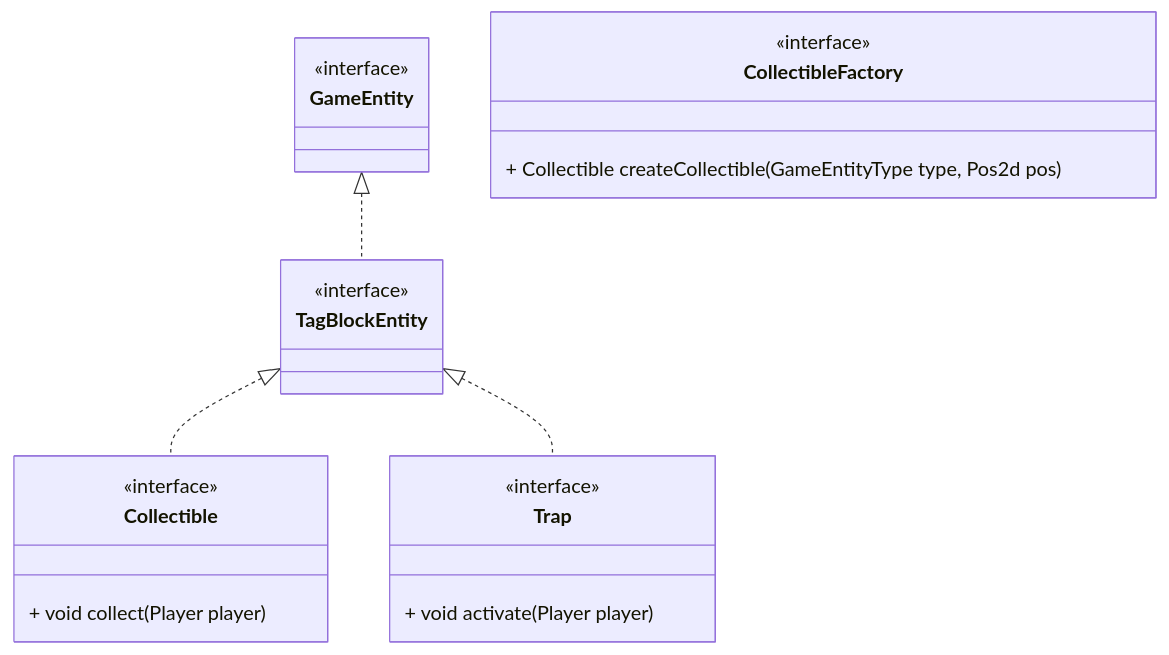
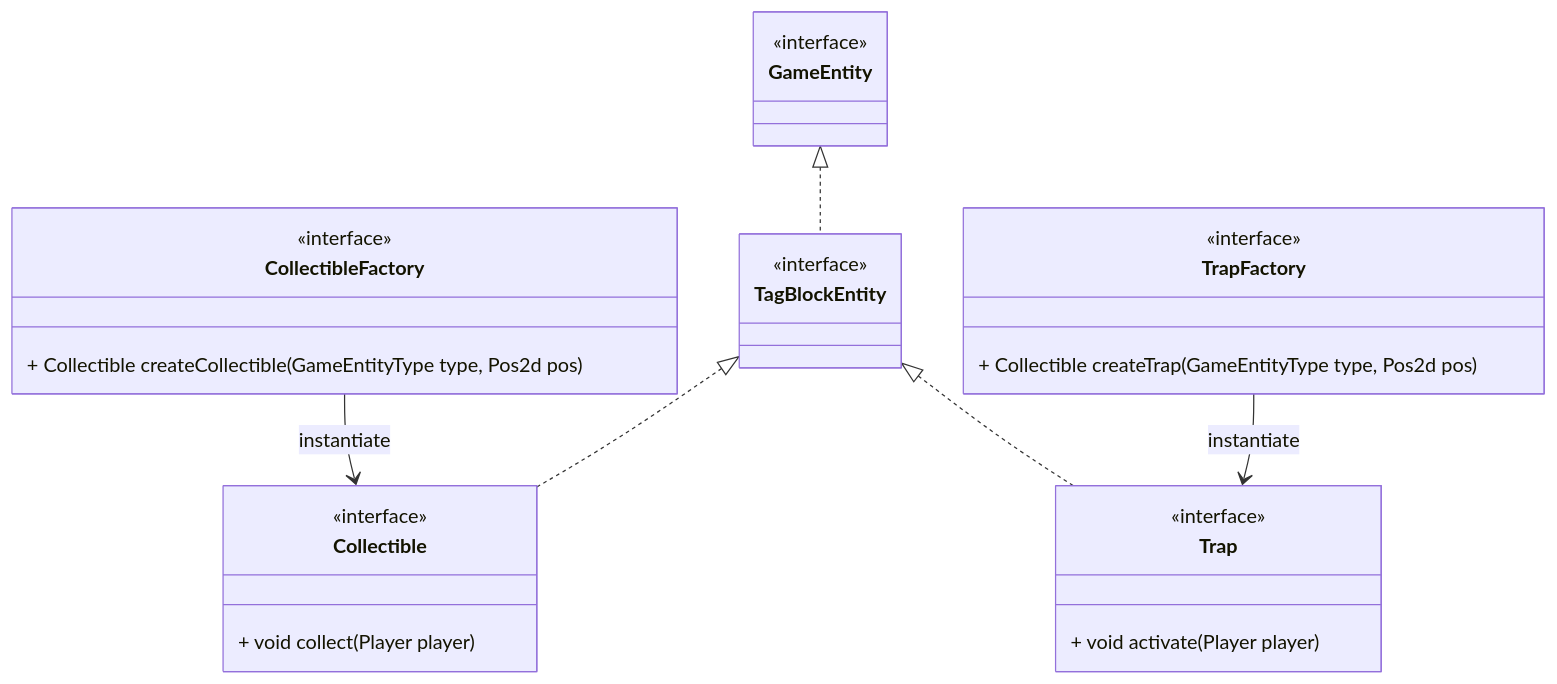
One commit to unibo-oop-projects/OOP23-FilippoMassariFilippoMassari6studio-MatteoBagnolini-FilippoMassari-SaadElMaliki-Matteo-SUPSON changed the sixth of 8 diagrams in report.md. Above: the diagram before and after it, drawn with Mermaid. The commit also changed other lines of this file, not shown here.

````diff
--- a/report.md
+++ b/report.md
@@ -269,30 +277,36 @@
 ```mermaid
 classDiagram
     class GameEntity {
         <<interface>>
     }
 
     class TagBlockEntity {
         <<interface>>
     }
 
     class Collectible {
         <<interface>>
         + void collect(Player player)
     }
 
+    class TrapFactory {
+        <<interface>>
+        + Collectible createTrap(GameEntityType type, Pos2d pos)
+    }
+
     class CollectibleFactory {
         <<interface>>
         + Collectible createCollectible(GameEntityType type, Pos2d pos)
     }
 
     class Trap {
         <<interface>>
         + void activate(Player player)
     }
 
+    TrapFactory --> Trap : instantiate
     GameEntity <|.. TagBlockEntity
     TagBlockEntity <|.. Collectible
     TagBlockEntity <|.. Trap
-
+    CollectibleFactory --> Collectible : instantiate
 ```
````
